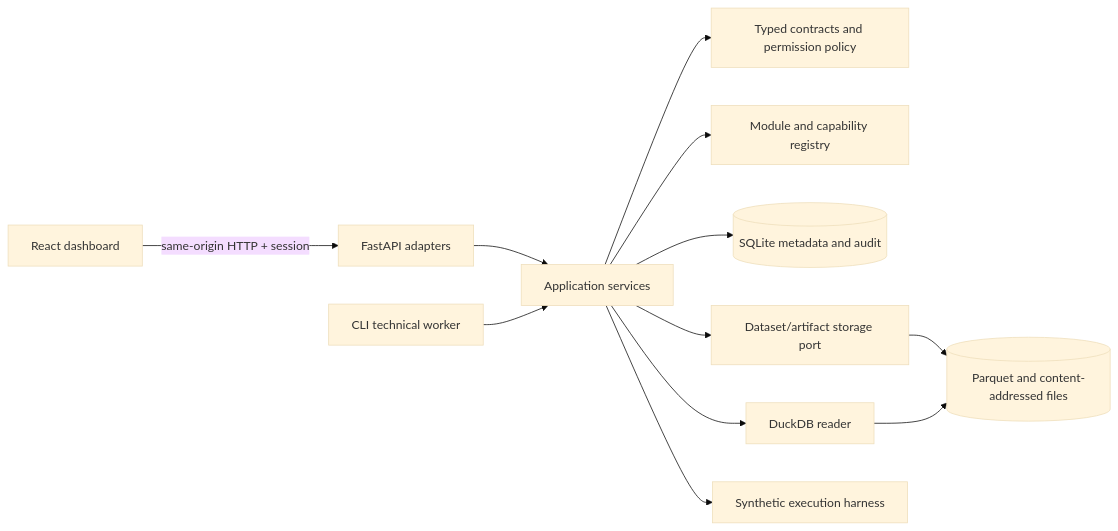
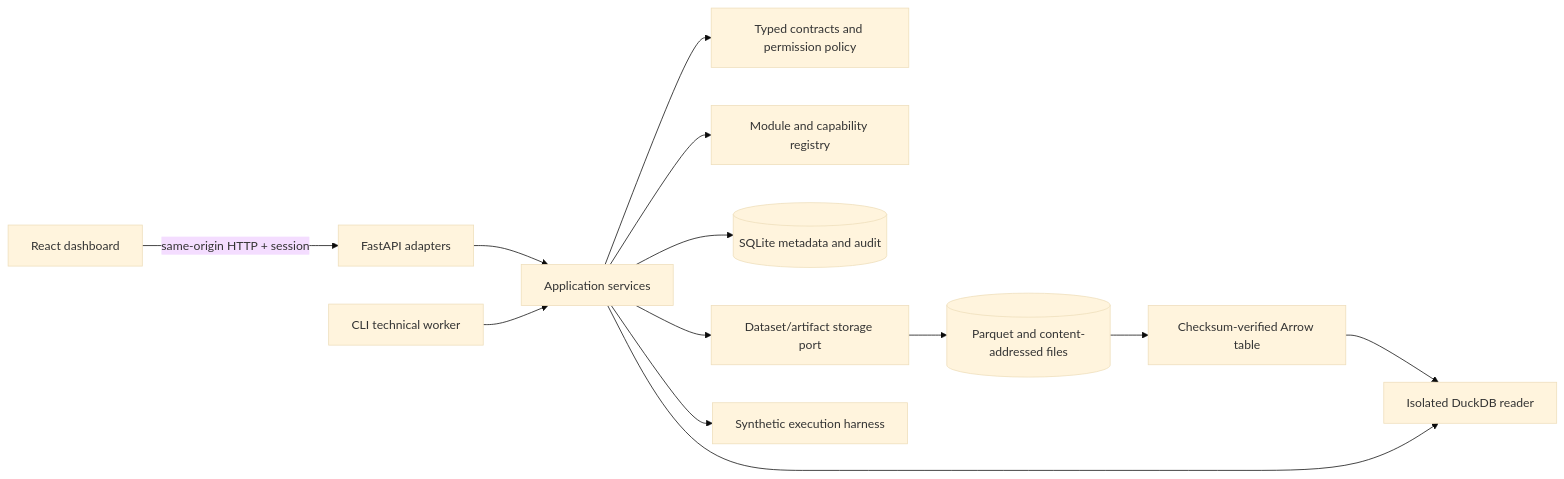
Before and after one commit to emanceras/bot_trader: the diagram in docs/en/architecture/platform.md, drawn with Mermaid (base theme). The commit also changed other lines of this file and 26 other files, not shown here.

Commit message:
docs: integrate architecture supplement and close verified phase III

````diff
--- a/docs/en/architecture/platform.md
+++ b/docs/en/architecture/platform.md
@@ -31,14 +31,15 @@
 ```mermaid
 flowchart LR
   Browser[React dashboard] -->|same-origin HTTP + session| API[FastAPI adapters]
   API --> Services[Application services]
   Worker[CLI technical worker] --> Services
   Services --> Contracts[Typed contracts and permission policy]
   Services --> Registry[Module and capability registry]
   Services --> Meta[(SQLite metadata and audit)]
   Services --> Storage[Dataset/artifact storage port]
   Storage --> Files[(Parquet and content-addressed files)]
-  Reader[DuckDB reader] --> Files
+  Files --> Verified[Checksum-verified Arrow table]
+  Verified --> Reader[Isolated DuckDB reader]
   Services --> Reader
   Services --> Harness[Synthetic execution harness]
 ```
````
